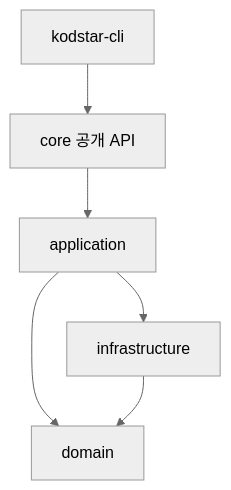
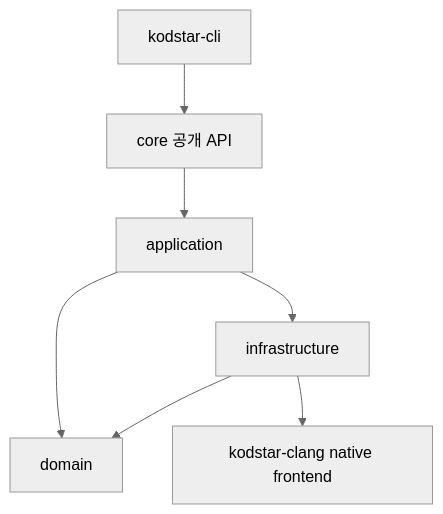
The first of 2 diagrams in docs/architecture.md (keonho-kim/kodstar), drawn with Mermaid (neutral theme) before and after one commit. The commit also changed other lines of this file and 710 other files, not shown here.

First line of the commit message:
feat: expand CLI graph analysis and improve indexing performance

````diff
--- a/docs/architecture.md
+++ b/docs/architecture.md
@@ -9,8 +9,9 @@
 ```mermaid
 flowchart TD
     CLI[kodstar-cli] --> API[core 공개 API]
     API --> APP[application]
     APP --> DOMAIN[domain]
     APP --> INFRA[infrastructure]
     INFRA --> DOMAIN
+    INFRA --> CLANG[kodstar-clang native frontend]
 ```
````
